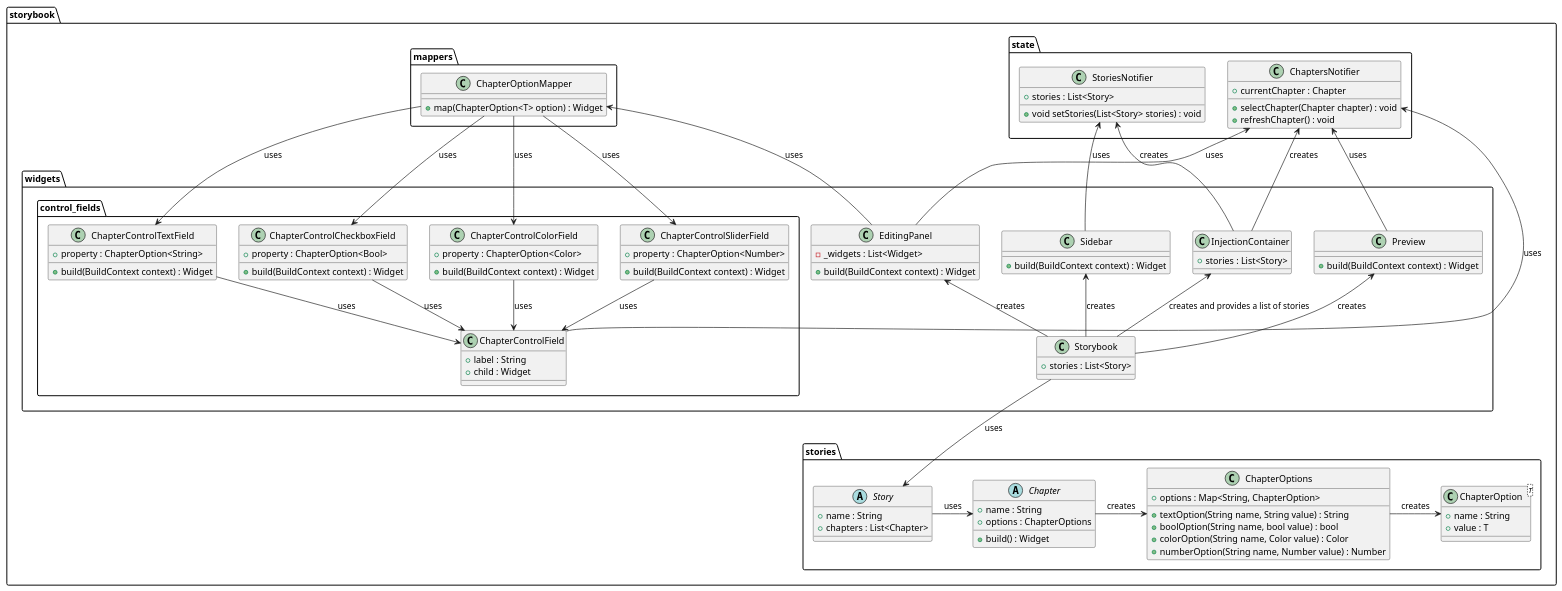
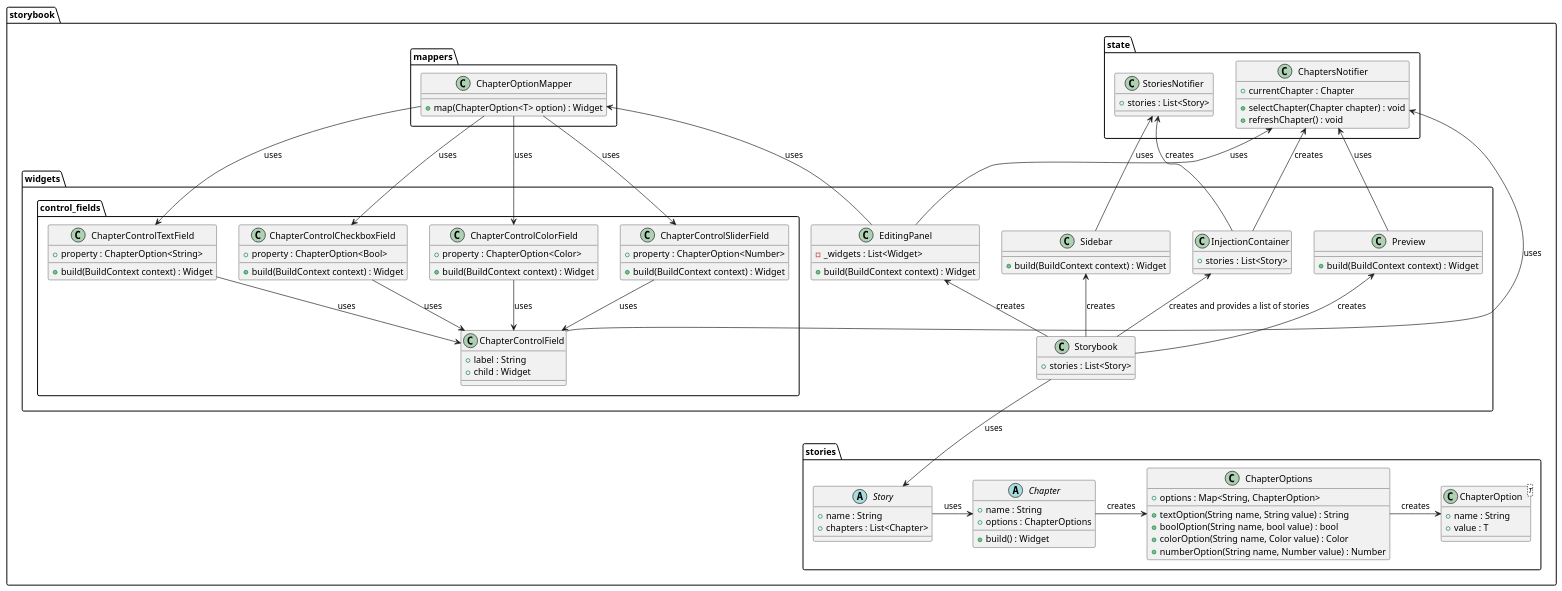
Before and after one commit to Flank/flank-dashboard: the diagram in metrics/web/docs/features/storybook/diagrams/metrics_storybook_class_diagram.puml, drawn with PlantUML. The commit also changed 1 other file, not shown here.

```diff
--- a/metrics/web/docs/features/storybook/diagrams/metrics_storybook_class_diagram.puml
+++ b/metrics/web/docs/features/storybook/diagrams/metrics_storybook_class_diagram.puml
@@ -1,136 +1,134 @@
 @startuml metrics_storybook_class_diagram
 
 package storybook {
     package state {
         class ChaptersNotifier {
             + currentChapter : Chapter
 
             + selectChapter(Chapter chapter) : void
             + refreshChapter() : void
         }
 
         class StoriesNotifier {
             + stories : List<Story>
-
-            + void setStories(List<Story> stories) : void
         }
     }
 
     package stories {
         abstract class Story {
             + name : String
             + chapters : List<Chapter>
         }
 
         abstract class Chapter {
             + name : String
             + options : ChapterOptions
 
             + build() : Widget
         }
 
         class ChapterOptions {
             + options : Map<String, ChapterOption>
 
             + textOption(String name, String value) : String
             + boolOption(String name, bool value) : bool
             + colorOption(String name, Color value) : Color
             + numberOption(String name, Number value) : Number
         }
 
         class ChapterOption<T> {
             + name : String
             + value : T
         }
     }
 
     package mappers {
         class ChapterOptionMapper {
             + map(ChapterOption<T> option) : Widget
         }
     }
 
     package widgets {
         class Storybook {
             + stories : List<Story>
         }
 
         class InjectionContainer {
             + stories : List<Story>
         }
 
         class Sidebar {
             + build(BuildContext context) : Widget
         }
 
         class Preview {
             + build(BuildContext context) : Widget
         }
 
         class EditingPanel {
             - _widgets : List<Widget>
 
             + build(BuildContext context) : Widget
         }
 
         package control_fields {
             class ChapterControlField {
                 + label : String
                 + child : Widget
             }
 
             class ChapterControlTextField {
                 + property : ChapterOption<String> 
 
                 + build(BuildContext context) : Widget
             }
 
             class ChapterControlCheckboxField {
                 + property : ChapterOption<Bool> 
 
                 + build(BuildContext context) : Widget
             }
 
             class ChapterControlColorField {
                 + property : ChapterOption<Color> 
 
                 + build(BuildContext context) : Widget
             }
             
             class ChapterControlSliderField {
                 + property : ChapterOption<Number> 
 
                 + build(BuildContext context) : Widget
             }
         }
     }
 }
 
 Storybook -up-> InjectionContainer : creates and provides a list of stories
 Storybook -up-> EditingPanel : creates
 Storybook -up-> Sidebar : creates
 Storybook -up-> Preview : creates
 InjectionContainer -up-> StoriesNotifier : creates
 InjectionContainer -up-> ChaptersNotifier : creates
 Storybook -down-> Story : uses
 Story -right-> Chapter : uses
 Chapter -right-> ChapterOptions : creates
 ChapterOptions -> ChapterOption : creates
 
 EditingPanel -up-> ChaptersNotifier : uses
 Sidebar -up-> StoriesNotifier : uses
 Preview -up-> ChaptersNotifier : uses
 EditingPanel -up-> ChapterOptionMapper : uses
 ChapterControlField -> ChaptersNotifier : uses
 
 ChapterOptionMapper -> ChapterControlTextField : uses
 ChapterOptionMapper -> ChapterControlCheckboxField : uses
 ChapterOptionMapper -> ChapterControlColorField : uses
 ChapterOptionMapper -> ChapterControlSliderField : uses
 
 ChapterControlTextField -down-> ChapterControlField : uses
 ChapterControlCheckboxField -down-> ChapterControlField : uses
 ChapterControlColorField -down-> ChapterControlField : uses
 ChapterControlSliderField -down-> ChapterControlField : uses
 
 @enduml
```
